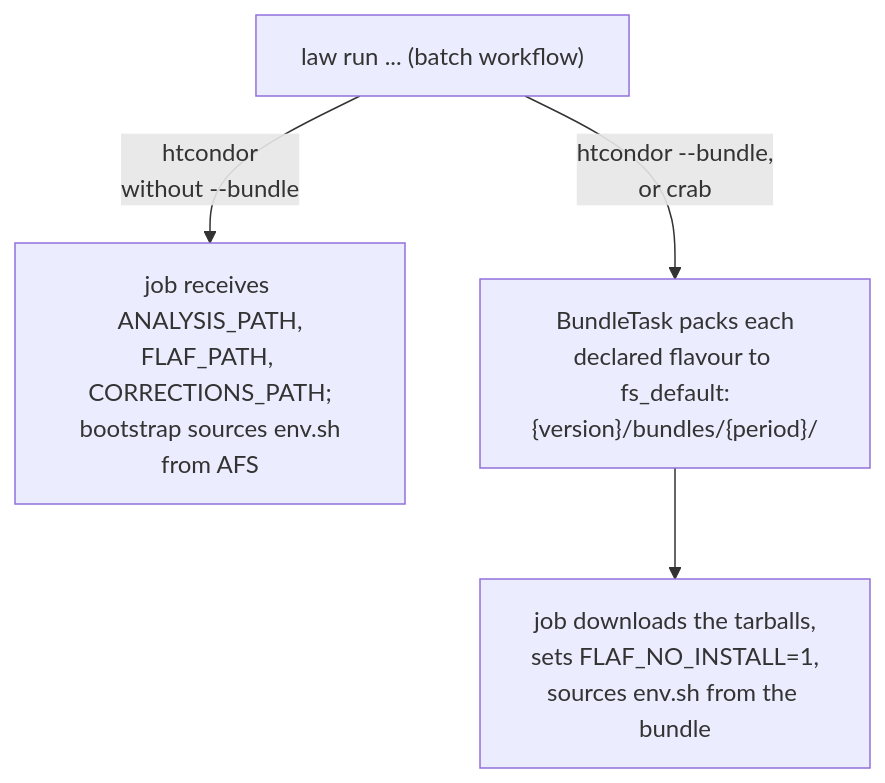
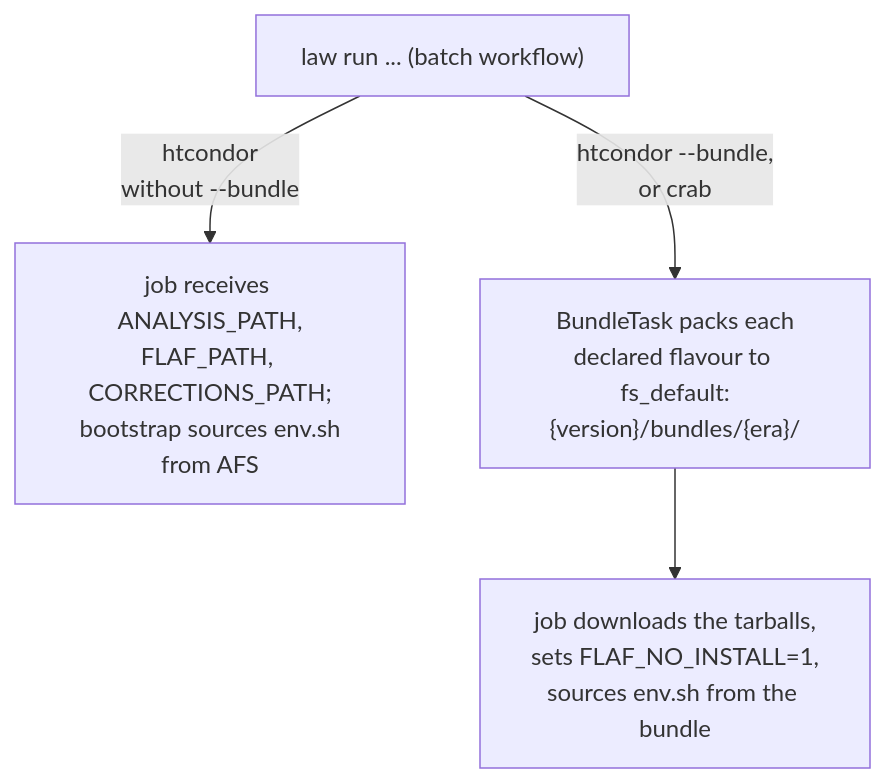
The diagram in docs/workflow/htcondor.md (cms-flaf/FLAF), drawn with Mermaid before and after one commit. The commit also changed other lines of this file and 54 other files, not shown here.

First line of the commit message:
Rename period to era and pass a Corrections instance to the analysis hooks (#347)

````diff
--- a/docs/workflow/htcondor.md
+++ b/docs/workflow/htcondor.md
@@ -111,10 +111,10 @@
 ```mermaid
 flowchart TD
     S["law run ... (batch workflow)"]
     A["job receives ANALYSIS_PATH,<br/>FLAF_PATH, CORRECTIONS_PATH;<br/>bootstrap sources env.sh<br/>from AFS"]
-    B["BundleTask packs each<br/>declared flavour to fs_default:<br/>{version}/bundles/{period}/"]
+    B["BundleTask packs each<br/>declared flavour to fs_default:<br/>{version}/bundles/{era}/"]
     W["job downloads the tarballs,<br/>sets FLAF_NO_INSTALL=1,<br/>sources env.sh from the bundle"]
     S -- "htcondor<br/>without --bundle" --> A
     S -- "htcondor --bundle,<br/>or crab" --> B
     B --> W
 ```
````
